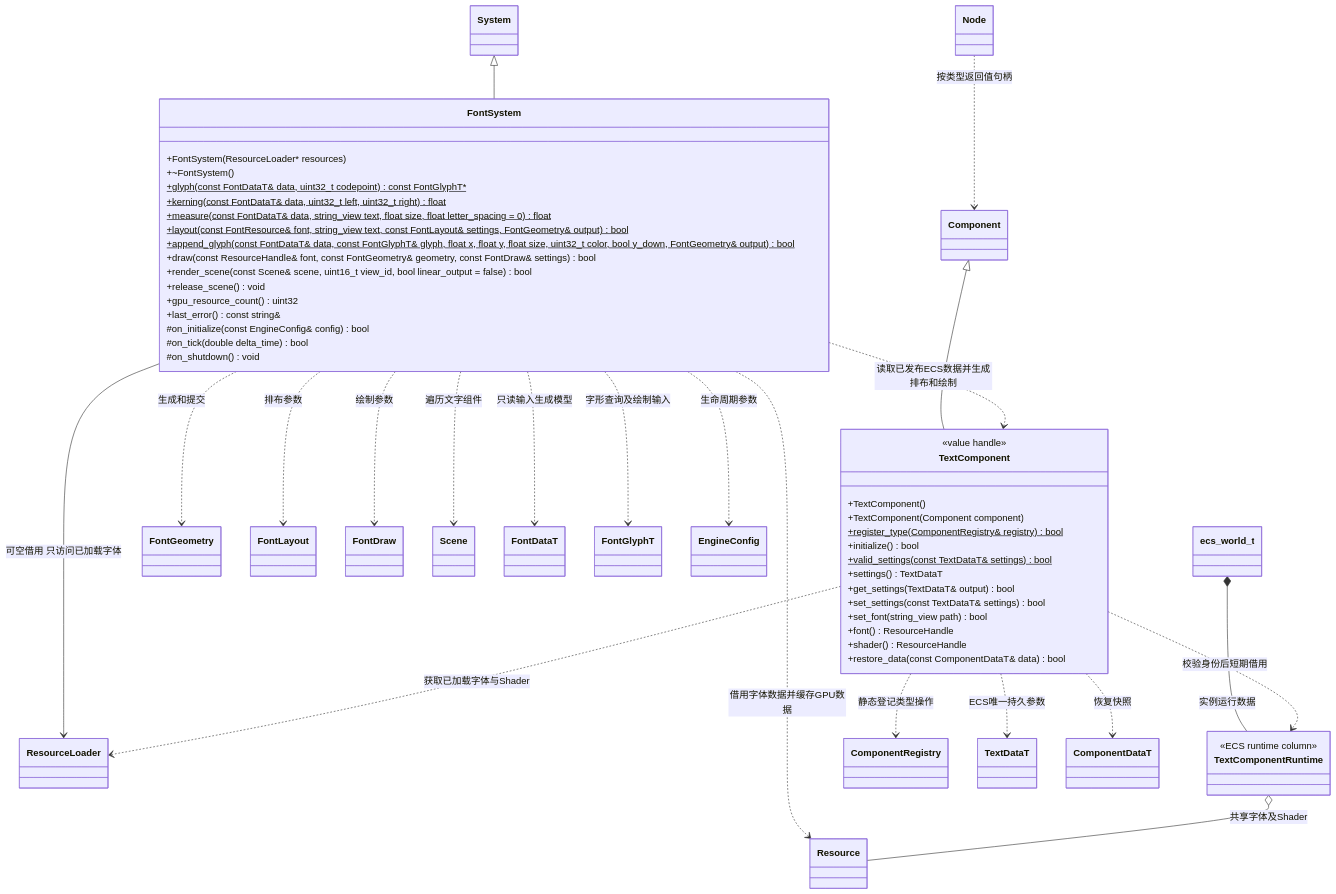
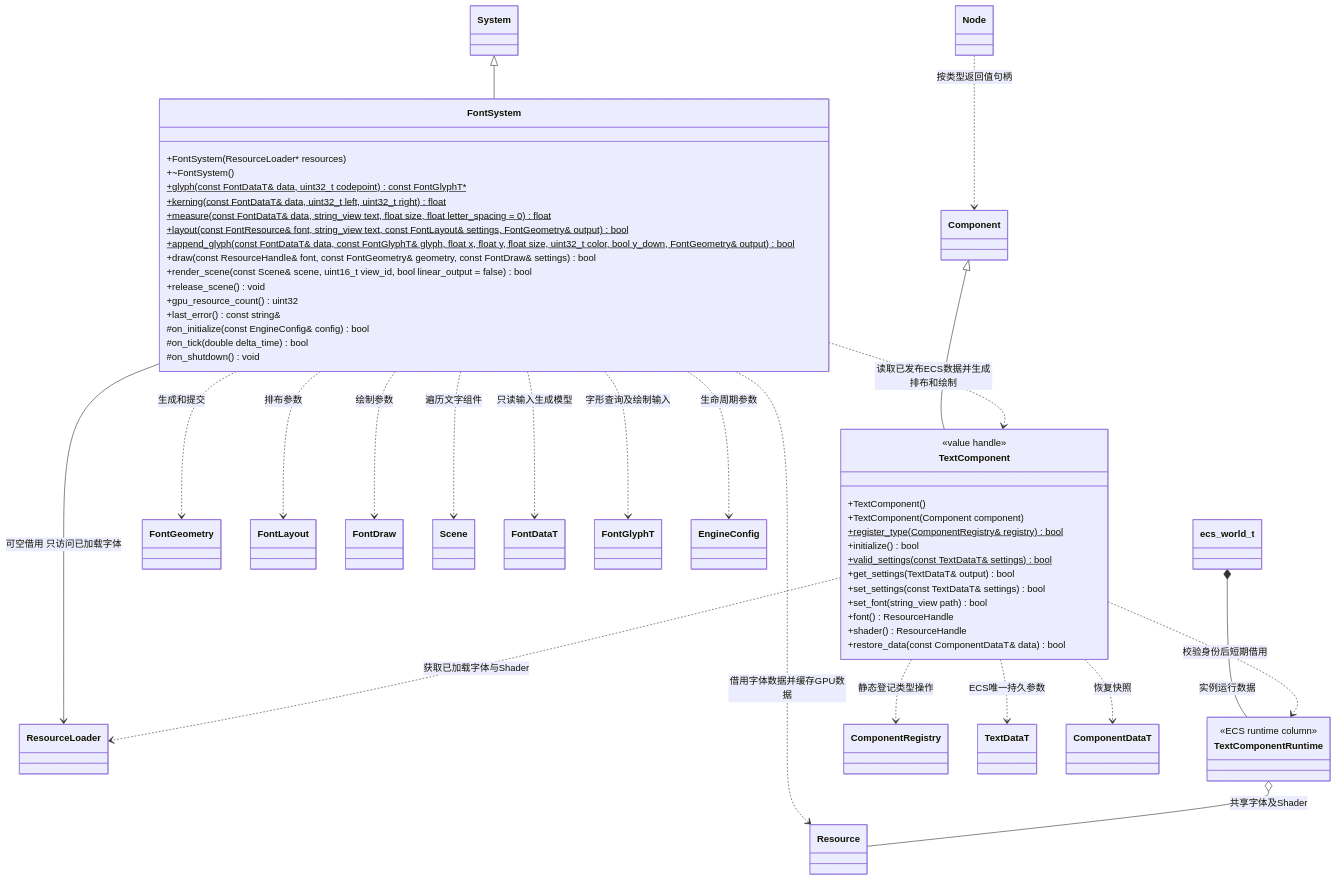
The first of 2 diagrams in docs/runtime/class-diagrams/font-system.md (lcals/Engine), drawn with Mermaid before and after one commit. The commit also changed other lines of this file and 244 other files, not shown here.

````diff
--- a/docs/runtime/class-diagrams/font-system.md
+++ b/docs/runtime/class-diagrams/font-system.md
@@ -7,66 +7,66 @@
 ```mermaid
 classDiagram
     System <|-- FontSystem
     Component <|-- TextComponent
     FontSystem ..> Resource : 借用字体数据并缓存GPU数据
     FontSystem --> ResourceLoader : 可空借用 只访问已加载字体
     FontSystem ..> FontGeometry : 生成和提交
     FontSystem ..> FontLayout : 排布参数
     FontSystem ..> FontDraw : 绘制参数
     FontSystem ..> Scene : 遍历文字组件
     TextComponentRuntime o-- Resource : 共享字体及Shader
     TextComponent ..> ResourceLoader : 获取已加载字体与Shader
     FontSystem ..> TextComponent : 读取已发布ECS数据并生成排布和绘制
     Node ..> Component : 按类型返回值句柄
     class FontSystem {
         +FontSystem(ResourceLoader#42; resources)
         +~FontSystem()
         +glyph(const FontDataT& data, uint32_t codepoint) const FontGlyphT#42;$
         +kerning(const FontDataT& data, uint32_t left, uint32_t right) float$
         +measure(const FontDataT& data, string_view text, float size, float letter_spacing = 0) float$
         +layout(const FontResource& font, string_view text, const FontLayout& settings, FontGeometry& output) bool$
         +append_glyph(const FontDataT& data, const FontGlyphT& glyph, float x, float y, float size, uint32_t color, bool y_down, FontGeometry& output) bool$
         +draw(const ResourceHandle& font, const FontGeometry& geometry, const FontDraw& settings) bool
         +render_scene(const Scene& scene, uint16_t view_id, bool linear_output = false) bool
         +release_scene() void
         +gpu_resource_count() uint32
         +last_error() const string&
         #on_initialize(const EngineConfig& config) bool
         #on_tick(double delta_time) bool
         #on_shutdown() void
     }
     class TextComponent {
         <<value handle>>
         +TextComponent()
         +TextComponent(Component component)
         +register_type(ComponentRegistry& registry) bool$
         +initialize() bool
         +valid_settings(const TextDataT& settings) bool$
-        +settings() TextDataT
+
         +get_settings(TextDataT& output) bool
         +set_settings(const TextDataT& settings) bool
         +set_font(string_view path) bool
         +font() ResourceHandle
         +shader() ResourceHandle
         +restore_data(const ComponentDataT& data) bool
     }
     class ComponentRegistry
     class FontDataT
     class FontGlyphT
     class TextDataT
     class ComponentDataT
     class EngineConfig
     class ecs_world_t
     FontSystem ..> FontDataT : 只读输入生成模型
     FontSystem ..> FontGlyphT : 字形查询及绘制输入
     FontSystem ..> EngineConfig : 生命周期参数
     TextComponent ..> TextDataT : ECS唯一持久参数
     TextComponent ..> ComponentDataT : 恢复快照
     class TextComponentRuntime {
         <<ECS runtime column>>
     }
     ecs_world_t *-- TextComponentRuntime : 实例运行数据
     TextComponent ..> TextComponentRuntime : 校验身份后短期借用
     TextComponent ..> ComponentRegistry : 静态登记类型操作
 
 ```
````
